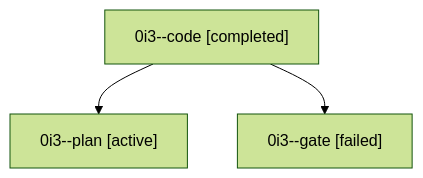
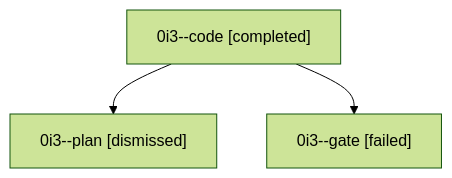
Before and after one commit to sase-org/sase--agents: the diagram in sessions/bbugyi200.athena.0i3.md, drawn with Mermaid (forest theme). The commit also changed other lines of this file and 27 other files, not shown here.

````diff
--- a/sessions/bbugyi200.athena.0i3.md
+++ b/sessions/bbugyi200.athena.0i3.md
@@ -9,8 +9,8 @@
 ```mermaid
 flowchart TD
   n0["0i3--code [completed]"]
-  n1["0i3--plan [active]"]
+  n1["0i3--plan [dismissed]"]
   n0 --> n1
   n2["0i3--gate [failed]"]
   n0 --> n2
 ```
````
